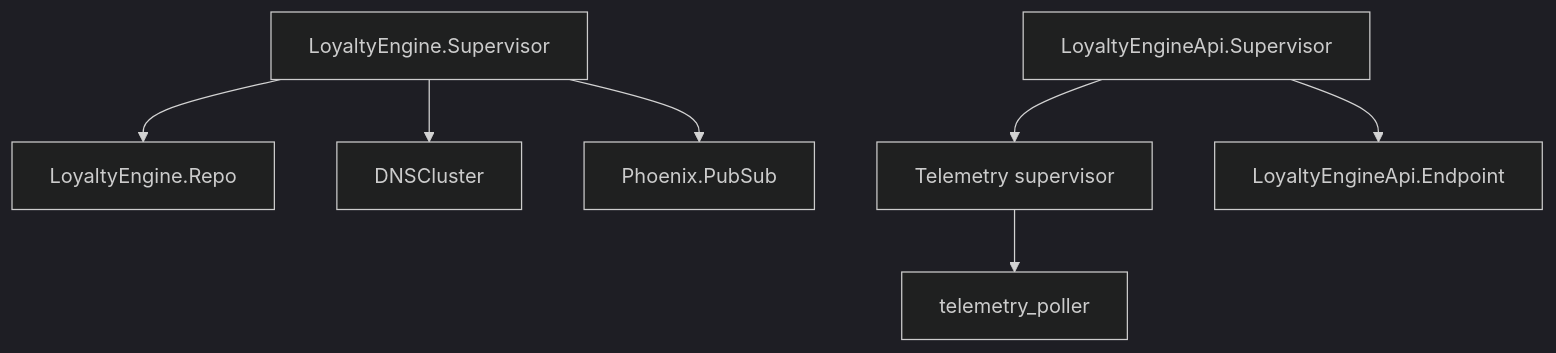
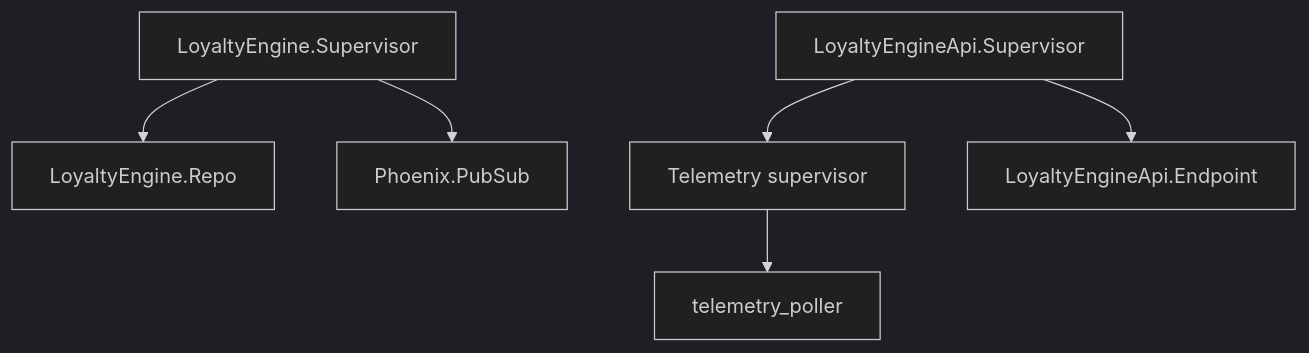
One commit to tolbier/loyalty-engine-api changed the second of 6 diagrams in docs/ARCHITECTURE.md. Above: the diagram before and after it, drawn with Mermaid (dark theme). The commit also changed other lines of this file and 26 other files, not shown here.

````diff
--- a/docs/ARCHITECTURE.md
+++ b/docs/ARCHITECTURE.md
@@ -36,9 +38,8 @@
 ```mermaid
 flowchart TB
   DomainSup[LoyaltyEngine.Supervisor] --> Repo[LoyaltyEngine.Repo]
-  DomainSup --> DNS[DNSCluster]
   DomainSup --> PubSub[Phoenix.PubSub]
   ApiSup[LoyaltyEngineApi.Supervisor] --> Telemetry[Telemetry supervisor]
   ApiSup --> Endpoint[LoyaltyEngineApi.Endpoint]
   Telemetry --> Poller[telemetry_poller]
 ```
````
